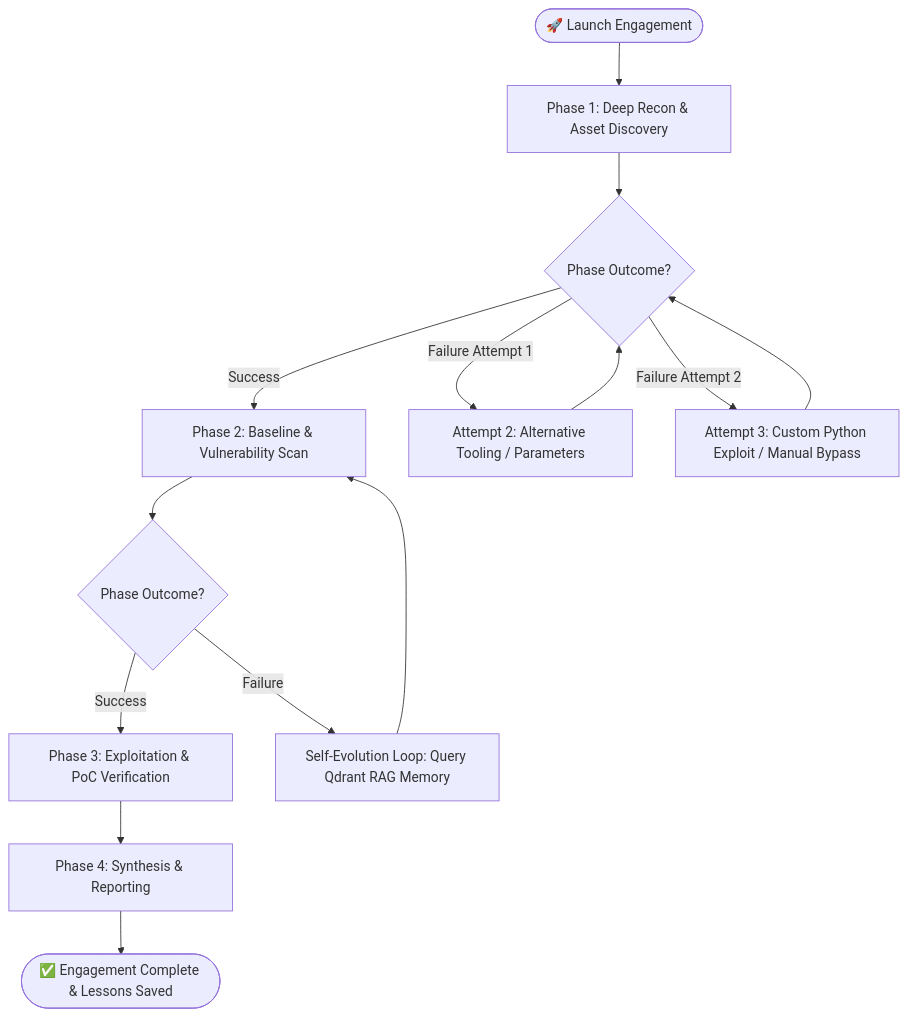
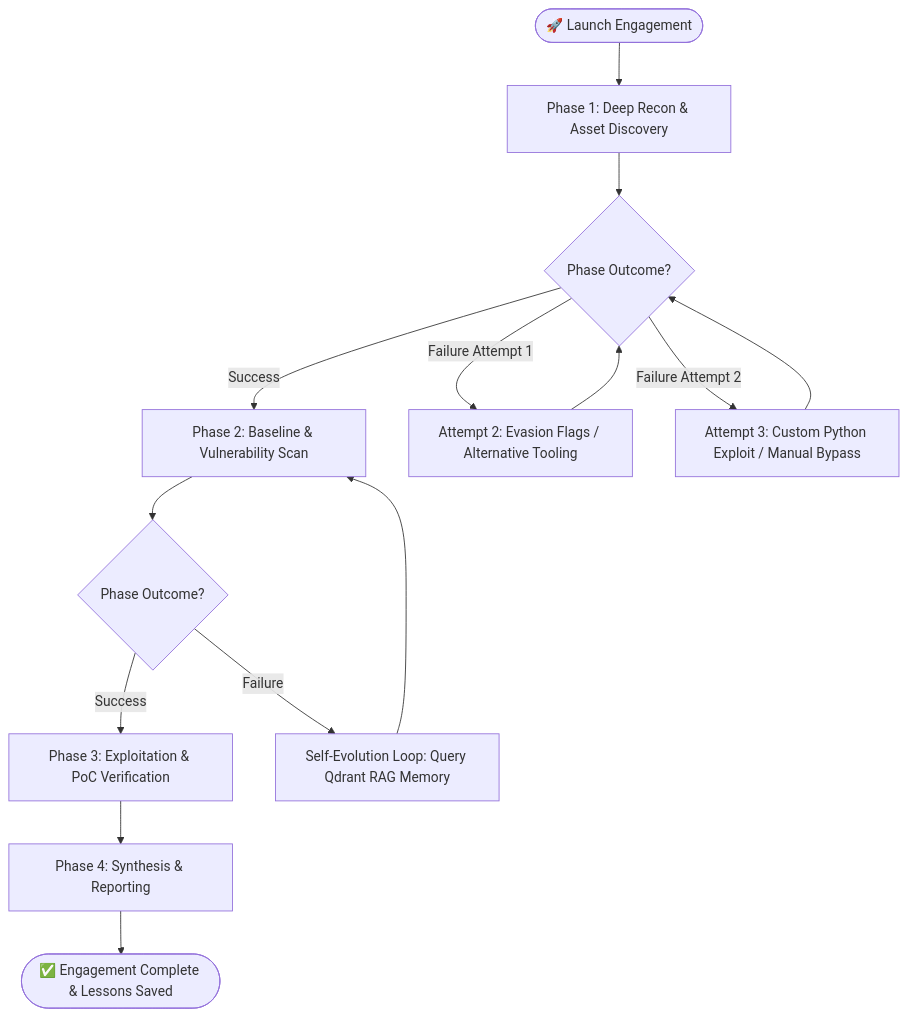
The first of 2 diagrams in README.md (ANVEAI/anve-offsec), drawn with Mermaid before and after one commit. The commit also changed other lines of this file, not shown here.

Commit message:
docs: add deep technical architecture, defensive guardrails, and Hermes mechanics to README

````diff
--- a/README.md
+++ b/README.md
@@ -32,19 +67,19 @@
 ```mermaid
 flowchart TD
     Start([🚀 Launch Engagement]) --> Phase1[Phase 1: Deep Recon & Asset Discovery]
     Phase1 --> Check1{Phase Outcome?}
     
     Check1 -->|Success| Phase2[Phase 2: Baseline & Vulnerability Scan]
-    Check1 -->|Failure Attempt 1| Retry1[Attempt 2: Alternative Tooling / Parameters]
+    Check1 -->|Failure Attempt 1| Retry1[Attempt 2: Evasion Flags / Alternative Tooling]
     Retry1 --> Check1
     Check1 -->|Failure Attempt 2| Retry2[Attempt 3: Custom Python Exploit / Manual Bypass]
     Retry2 --> Check1
     
     Phase2 --> Check2{Phase Outcome?}
     Check2 -->|Success| Phase3[Phase 3: Exploitation & PoC Verification]
     Check2 -->|Failure| Adaptation[Self-Evolution Loop: Query Qdrant RAG Memory]
     Adaptation --> Phase2
     
     Phase3 --> Phase4[Phase 4: Synthesis & Reporting]
     Phase4 --> Complete([✅ Engagement Complete & Lessons Saved])
 ```
````
